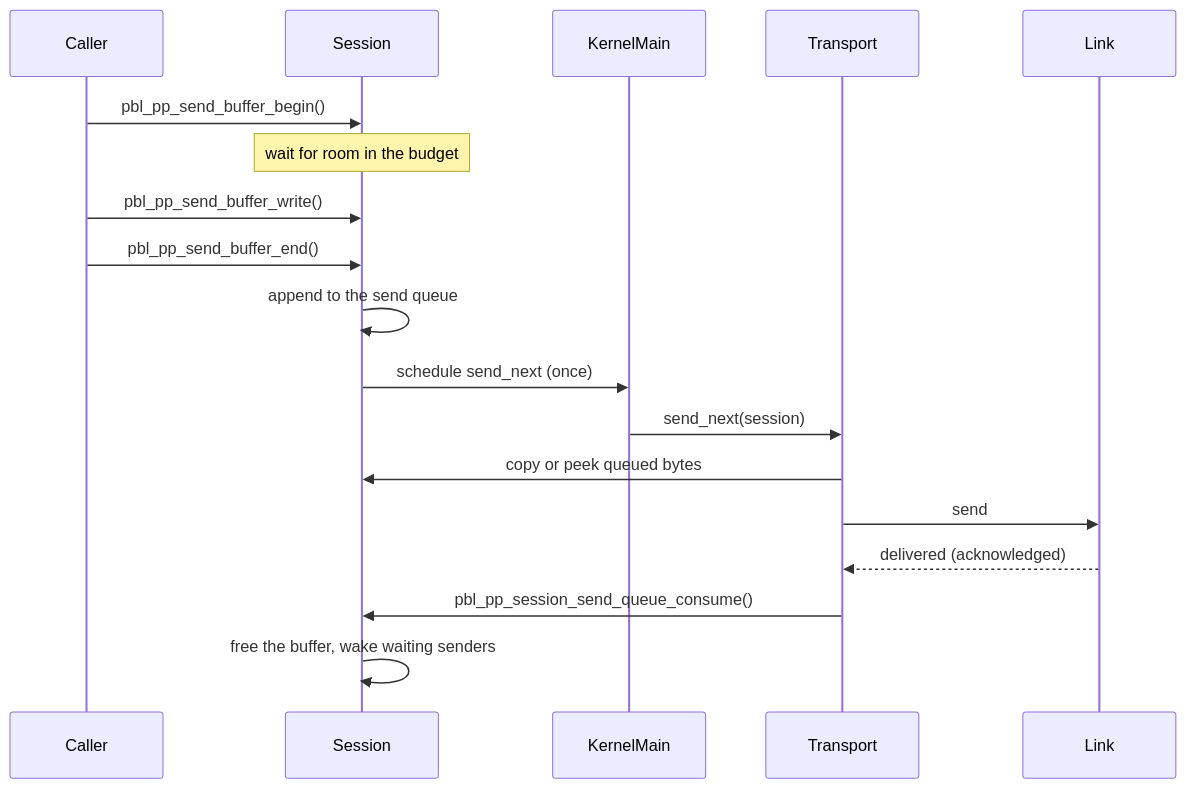
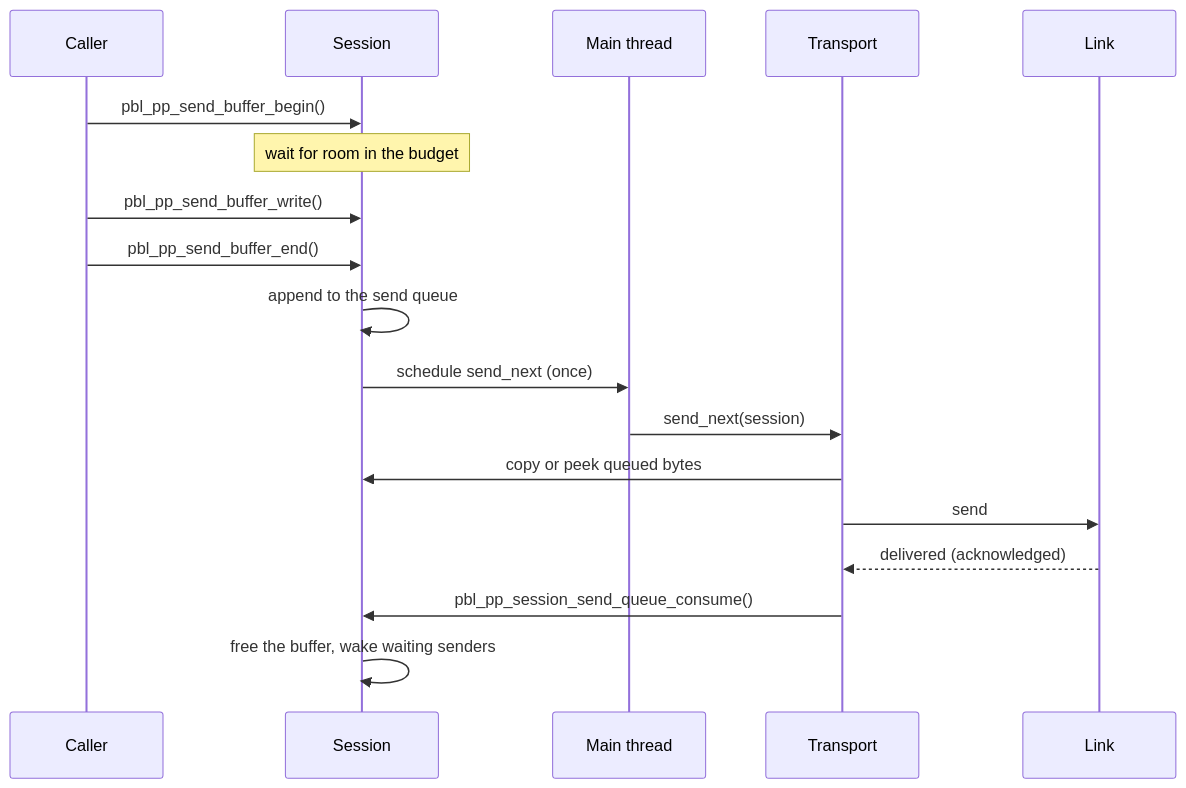
One commit to coredevices/PebbleOS changed the fourth of 4 diagrams in docs/subsystems/pp/index.md. Above: the diagram before and after it, drawn with Mermaid. The commit also changed other lines of this file and 17 other files, not shown here.

First line of the commit message:
subsys/pp: take the main thread and the events from the application

````diff
--- a/docs/subsystems/pp/index.md
+++ b/docs/subsystems/pp/index.md
@@ -225,20 +234,20 @@
 ```{mermaid}
 sequenceDiagram
   participant C as Caller
   participant S as Session
-  participant M as KernelMain
+  participant M as Main thread
   participant T as Transport
   participant L as Link
   C->>S: pbl_pp_send_buffer_begin()
   Note over S: wait for room in the budget
   C->>S: pbl_pp_send_buffer_write()
   C->>S: pbl_pp_send_buffer_end()
   S->>S: append to the send queue
   S->>M: schedule send_next (once)
   M->>T: send_next(session)
   T->>S: copy or peek queued bytes
   T->>L: send
   L-->>T: delivered (acknowledged)
   T->>S: pbl_pp_session_send_queue_consume()
   S->>S: free the buffer, wake waiting senders
 ```
````
